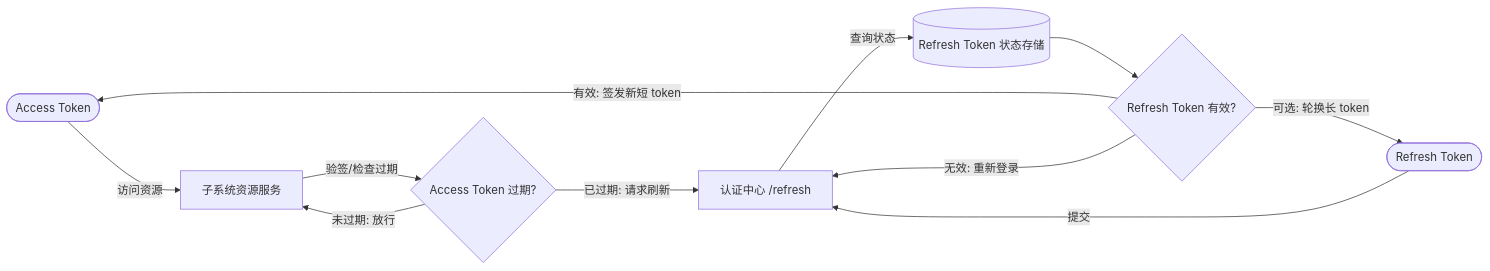
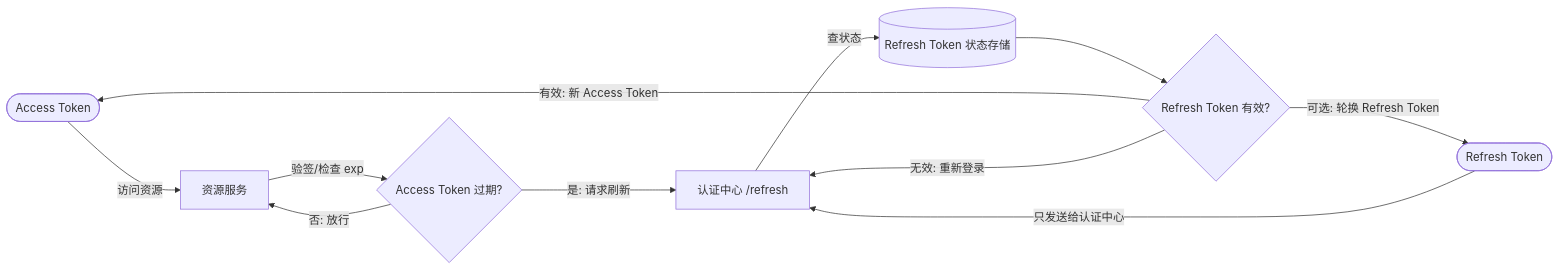
The fourth of 8 diagrams in travelKnowledge/我的整理/Vue Components Communication 整理/cookieTokenSSO/Cookie  WebStorage  Token SVG 结构化图谱.md (XGAN4869/ObsidianNoteForCoding2026), drawn with Mermaid before and after one commit. The commit also changed other lines of this file, not shown here.

````diff
--- a/travelKnowledge/我的整理/Vue Components Communication 整理/cookieTokenSSO/Cookie  WebStorage  Token SVG 结构化图谱.md
+++ b/travelKnowledge/我的整理/Vue Components Communication 整理/cookieTokenSSO/Cookie  WebStorage  Token SVG 结构化图谱.md
@@ -277,21 +373,21 @@
 ```mermaid
 flowchart LR
   ACCESS_TOKEN(["Access Token"])
   REFRESH_TOKEN(["Refresh Token"])
-  RESOURCE_SERVICE["子系统资源服务"]
-  TOKEN_EXPIRED{"Access Token 过期?"}
+  RESOURCE_SERVICE["资源服务"]
   AUTH_REFRESH["认证中心 /refresh"]
   REFRESH_STORE[("Refresh Token 状态存储")]
+  ACCESS_EXPIRED{"Access Token 过期?"}
   REFRESH_VALID{"Refresh Token 有效?"}
 
   ACCESS_TOKEN -->|"访问资源"| RESOURCE_SERVICE
-  RESOURCE_SERVICE -->|"验签/检查过期"| TOKEN_EXPIRED
-  TOKEN_EXPIRED -->|"未过期: 放行"| RESOURCE_SERVICE
-  TOKEN_EXPIRED -->|"已过期: 请求刷新"| AUTH_REFRESH
-  REFRESH_TOKEN -->|"提交"| AUTH_REFRESH
-  AUTH_REFRESH -->|"查询状态"| REFRESH_STORE
+  RESOURCE_SERVICE -->|"验签/检查 exp"| ACCESS_EXPIRED
+  ACCESS_EXPIRED -->|"否: 放行"| RESOURCE_SERVICE
+  ACCESS_EXPIRED -->|"是: 请求刷新"| AUTH_REFRESH
+  REFRESH_TOKEN -->|"只发送给认证中心"| AUTH_REFRESH
+  AUTH_REFRESH -->|"查状态"| REFRESH_STORE
   REFRESH_STORE --> REFRESH_VALID
-  REFRESH_VALID -->|"有效: 签发新短 token"| ACCESS_TOKEN
-  REFRESH_VALID -->|"可选: 轮换长 token"| REFRESH_TOKEN
+  REFRESH_VALID -->|"有效: 新 Access Token"| ACCESS_TOKEN
+  REFRESH_VALID -->|"可选: 轮换 Refresh Token"| REFRESH_TOKEN
   REFRESH_VALID -->|"无效: 重新登录"| AUTH_REFRESH
 ```
````
